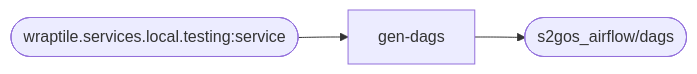
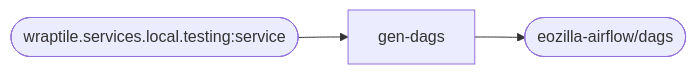
The sixth of 6 diagrams in docs/architecture.md (eo-tools/eozilla), drawn with Mermaid before and after one commit. The commit also changed other lines of this file and 156 other files, not shown here.

````diff
--- a/docs/architecture.md
+++ b/docs/architecture.md
@@ -240,11 +240,11 @@
 ```mermaid
 ---
 config:
   theme: default
 ---
 flowchart LR
     local_service@{ shape: stadium, label: "wraptile.services.local.testing:service" }
-    dags@{ shape: stadium, label: "s2gos_airflow/dags" }
+    dags@{ shape: stadium, label: "eozilla-airflow/dags" }
     local_service --> gen-dags
     gen-dags --> dags
 ```
````
